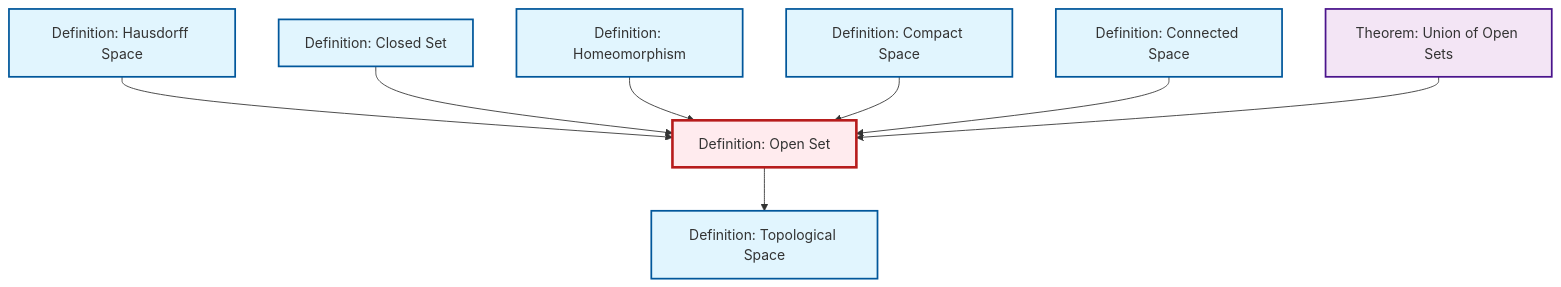
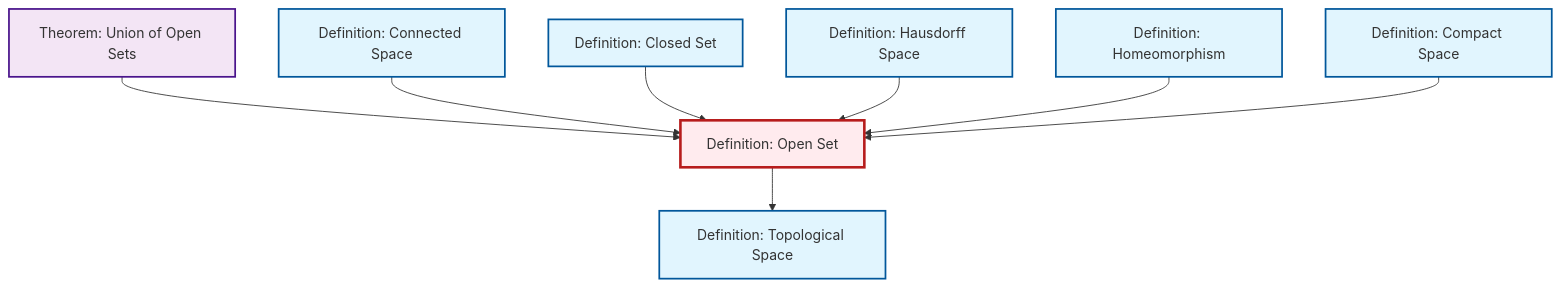
One commit to RK0429/ModernMath changed the diagram in content/ja/topology/def-open-set.qmd. Above: the diagram before and after it, drawn with Mermaid. The commit also changed other lines of this file and 497 other files, not shown here.

````diff
--- a/content/ja/topology/def-open-set.qmd
+++ b/content/ja/topology/def-open-set.qmd
@@ -54,32 +54,32 @@
 ```{mermaid}
 %%| fig-cap: "Local dependency graph"
 graph TD
     classDef definition fill:#e1f5fe,stroke:#01579b,stroke-width:2px
     classDef theorem fill:#f3e5f5,stroke:#4a148c,stroke-width:2px
     classDef axiom fill:#fff3e0,stroke:#e65100,stroke-width:2px
     classDef example fill:#e8f5e9,stroke:#1b5e20,stroke-width:2px
     classDef current fill:#ffebee,stroke:#b71c1c,stroke-width:3px
-    def-open-set["Definition: Open Set"]:::definition
-    def-topological-space["Definition: Topological Space"]:::definition
-    def-closed-set["Definition: Closed Set"]:::definition
     def-hausdorff["Definition: Hausdorff Space"]:::definition
     def-compact["Definition: Compact Space"]:::definition
+    def-closed-set["Definition: Closed Set"]:::definition
     def-homeomorphism["Definition: Homeomorphism"]:::definition
+    def-topological-space["Definition: Topological Space"]:::definition
+    thm-union-open-sets["Theorem: Union of Open Sets"]:::theorem
     def-connected["Definition: Connected Space"]:::definition
-    thm-union-open-sets["Theorem: Union of Open Sets"]:::theorem
+    def-open-set["Definition: Open Set"]:::definition
+    thm-union-open-sets --> def-open-set
+    def-connected --> def-open-set
+    def-closed-set --> def-open-set
+    def-open-set --> def-topological-space
     def-hausdorff --> def-open-set
-    def-closed-set --> def-open-set
     def-homeomorphism --> def-open-set
     def-compact --> def-open-set
-    def-open-set --> def-topological-space
-    def-connected --> def-open-set
-    thm-union-open-sets --> def-open-set
     class def-open-set current
-    click def-topological-space "def-topological-space.html" "Definition: Topological Spaceへ"
-    click def-closed-set "def-closed-set.html" "Definition: Closed Setへ"
     click def-hausdorff "def-hausdorff.html" "Definition: Hausdorff Spaceへ"
     click def-compact "def-compact.html" "Definition: Compact Spaceへ"
+    click def-closed-set "def-closed-set.html" "Definition: Closed Setへ"
     click def-homeomorphism "def-homeomorphism.html" "Definition: Homeomorphismへ"
+    click def-topological-space "def-topological-space.html" "Definition: Topological Spaceへ"
+    click thm-union-open-sets "thm-union-open-sets.html" "Theorem: Union of Open Setsへ"
     click def-connected "def-connected.html" "Definition: Connected Spaceへ"
-    click thm-union-open-sets "thm-union-open-sets.html" "Theorem: Union of Open Setsへ"
 ```
````
